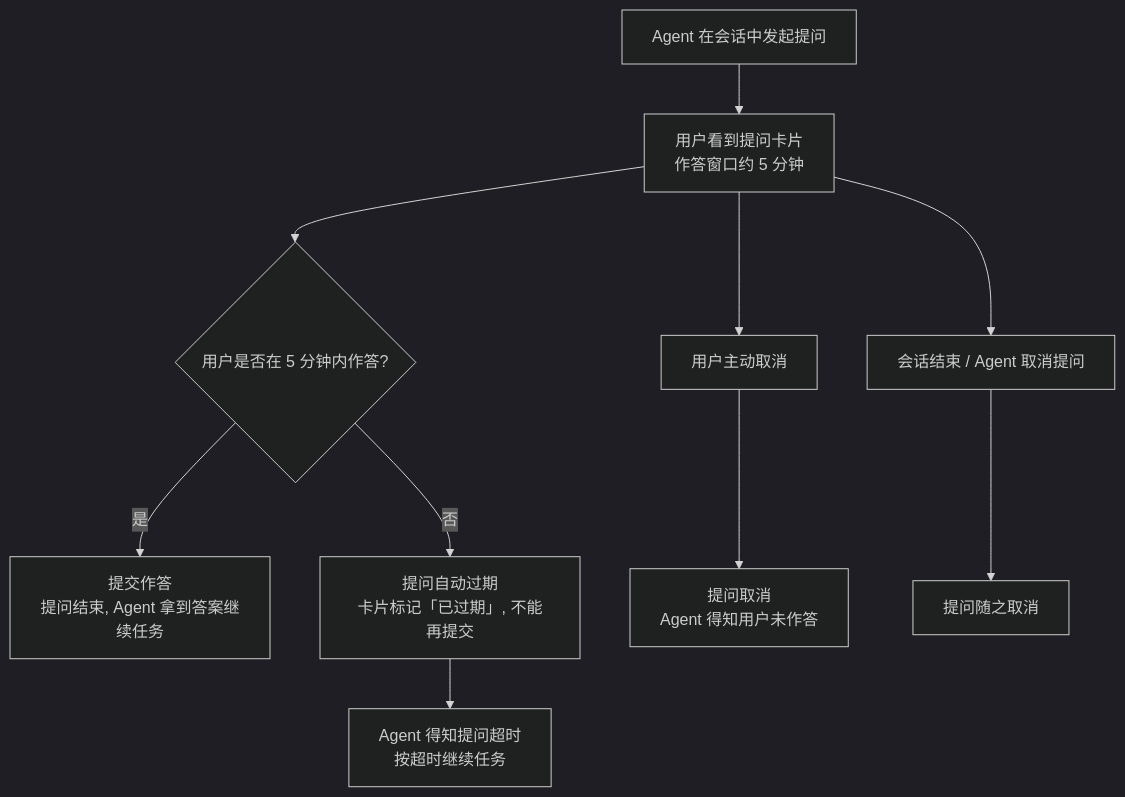
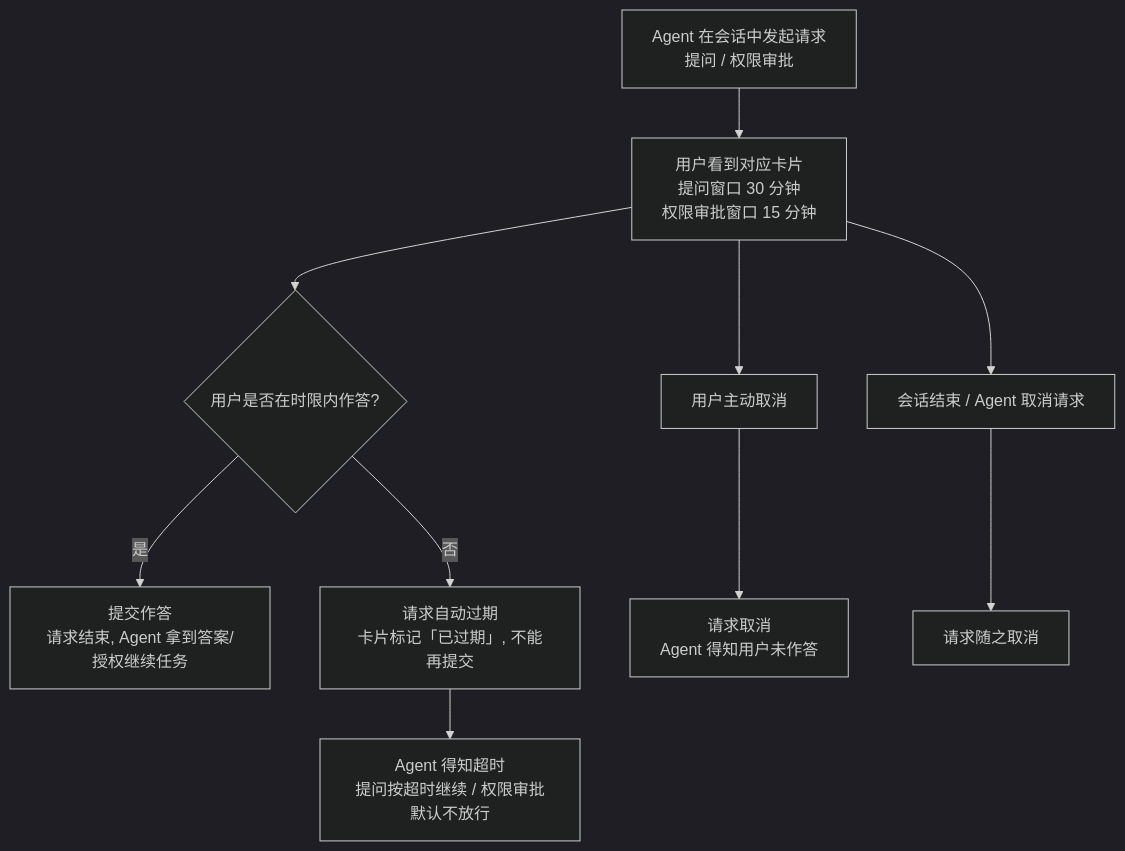
Before and after one commit to Deliay/z-agent-gear: the diagram in docs/product/draft/20261127-question-timeout-300s.md, drawn with Mermaid (dark theme). The commit also changed other lines of this file and 6 other files, not shown here.

````diff
--- a/docs/product/draft/20261127-question-timeout-300s.md
+++ b/docs/product/draft/20261127-question-timeout-300s.md
@@ -90,10 +107,10 @@
 ```mermaid
 flowchart TD
-    A[Agent 在会话中发起提问] --> B[用户看到提问卡片<br/>作答窗口约 5 分钟]
-    B --> C{用户是否在 5 分钟内作答?}
-    C -->|是| D[提交作答<br/>提问结束, Agent 拿到答案继续任务]
-    C -->|否| E[提问自动过期<br/>卡片标记「已过期」, 不能再提交]
-    E --> F[Agent 得知提问超时<br/>按超时继续任务]
-    B --> G[用户主动取消] --> H[提问取消<br/>Agent 得知用户未作答]
-    B --> I[会话结束 / Agent 取消提问] --> J[提问随之取消]
+    A[Agent 在会话中发起请求<br/>提问 / 权限审批] --> B[用户看到对应卡片<br/>提问窗口 30 分钟<br/>权限审批窗口 15 分钟]
+    B --> C{用户是否在时限内作答?}
+    C -->|是| D[提交作答<br/>请求结束, Agent 拿到答案/授权继续任务]
+    C -->|否| E[请求自动过期<br/>卡片标记「已过期」, 不能再提交]
+    E --> F[Agent 得知超时<br/>提问按超时继续 / 权限审批默认不放行]
+    B --> G[用户主动取消] --> H[请求取消<br/>Agent 得知用户未作答]
+    B --> I[会话结束 / Agent 取消请求] --> J[请求随之取消]
 ```
````
